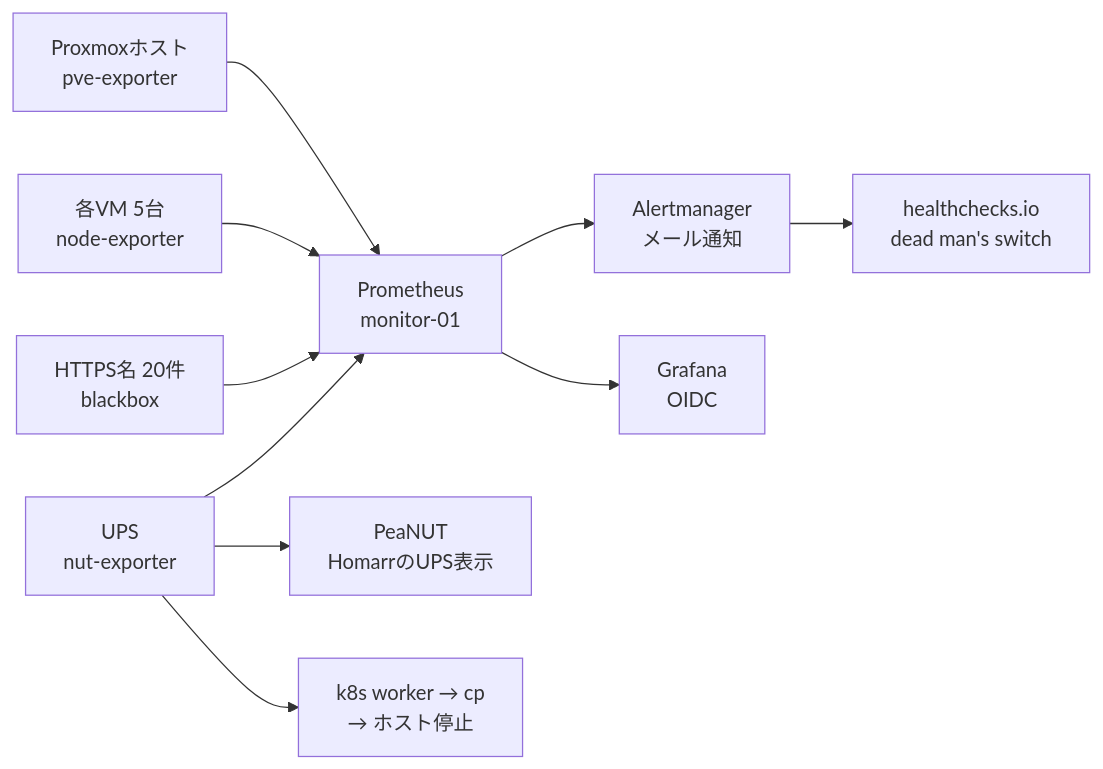
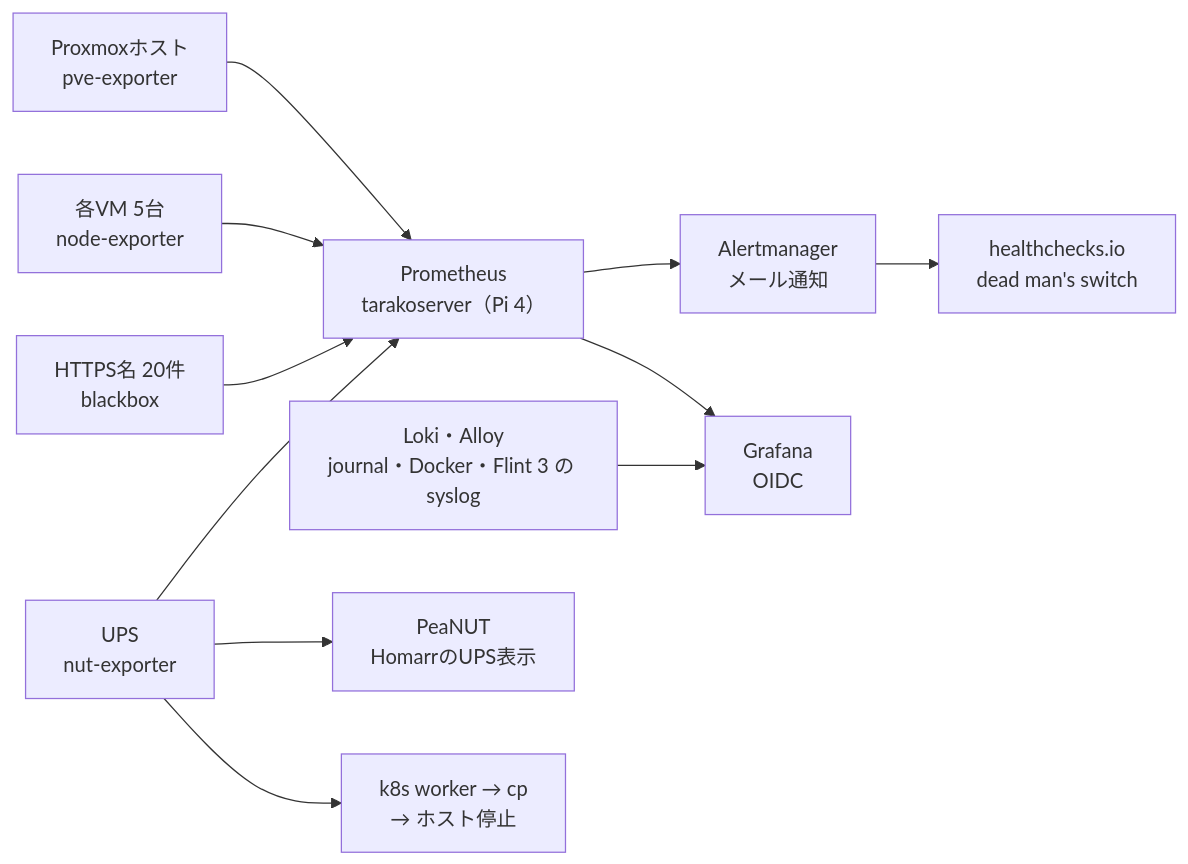
The ninth of 14 diagrams in docs/architecture/overview.md (rurutheGeek/shake-cloud), drawn with Mermaid before and after one commit. The commit also changed other lines of this file and 26 other files, not shown here.

First line of the commit message:
docs: Flint 3・tarakoserver・DMZ・Loki に合わせて、運用と構成の文書と図を今の構成へ直す

````diff
--- a/docs/architecture/overview.md
+++ b/docs/architecture/overview.md
@@ -347,23 +349,25 @@
 ```mermaid
 flowchart LR
   pve["Proxmoxホスト<br/>pve-exporter"]
   ups["UPS<br/>nut-exporter"]
   vm["各VM 5台<br/>node-exporter"]
   https["HTTPS名 20件<br/>blackbox"]
-  prom["Prometheus<br/>monitor-01"]
+  prom["Prometheus<br/>tarakoserver（Pi 4）"]
+  loki["Loki・Alloy<br/>journal・Docker・Flint 3 の syslog"]
   alert["Alertmanager<br/>メール通知"]
   grafana["Grafana<br/>OIDC"]
   peanut["PeaNUT<br/>HomarrのUPS表示"]
   deadman["healthchecks.io<br/>dead man's switch"]
   hoststop["k8s worker → cp<br/>→ ホスト停止"]
 
   pve --> prom
   ups --> prom
   vm --> prom
   https --> prom
   prom --> alert
   alert --> deadman
   prom --> grafana
+  loki --> grafana
   ups --> peanut
   ups --> hoststop
 ```
````
